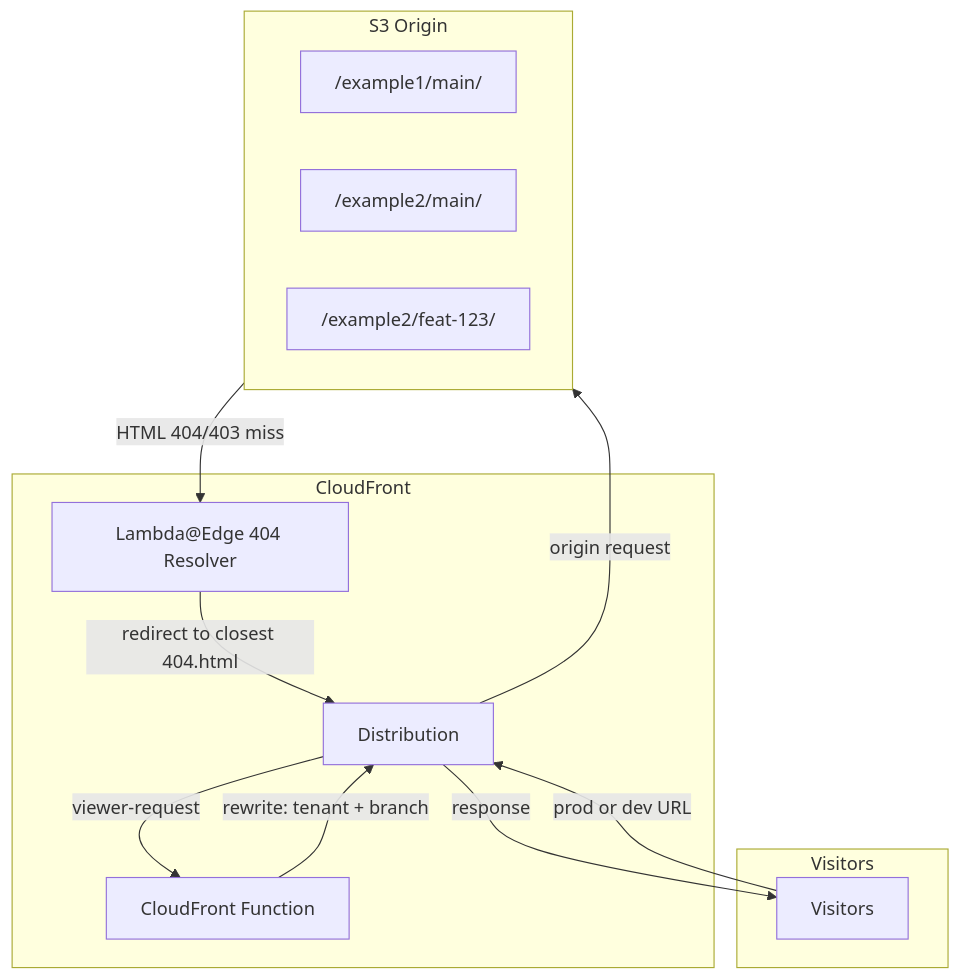
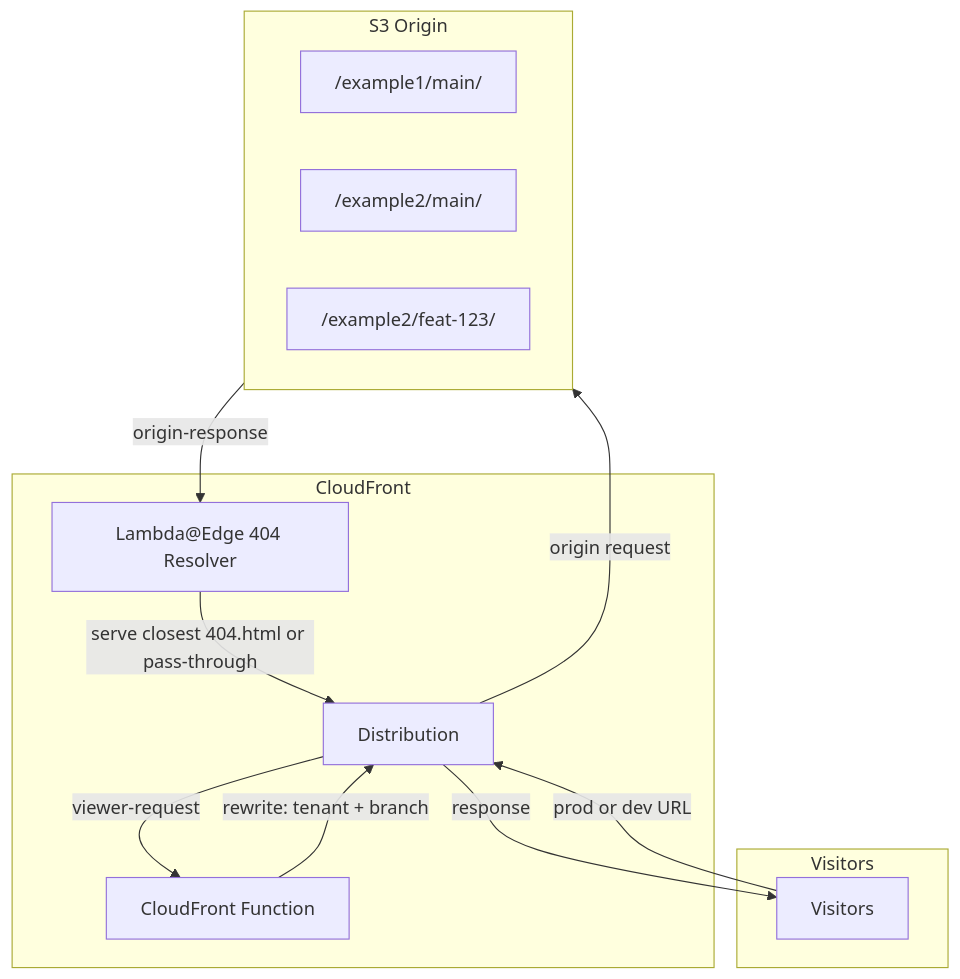
Before and after one commit to AlexeyPopovUA/static-hosting-for-vibe-coders: the diagram in docs/SPEC.md, drawn with Mermaid. The commit also changed other lines of this file, not shown here.

````diff
--- a/docs/SPEC.md
+++ b/docs/SPEC.md
@@ -13,26 +13,26 @@
 ```mermaid
 flowchart TB
     subgraph Visitors
         V[Visitors]
     end
     
     subgraph CloudFront["CloudFront"]
         CF[Distribution]
         CFn[CloudFront Function]
         L404Resolver["Lambda@Edge 404 Resolver"]
     end
     
     subgraph S3["S3 Origin"]
         E1["/example1/main/"]
         E2["/example2/main/"]
         E2D["/example2/feat-123/"]
     end
     
     V -->|"prod or dev URL"| CF
     CF -->|"viewer-request"| CFn
     CFn -->|"rewrite: tenant + branch"| CF
     CF -->|"origin request"| S3
-    S3 -->|"HTML 404/403 miss"| L404Resolver
-    L404Resolver -->|"redirect to closest 404.html"| CF
+    S3 -->|"origin-response"| L404Resolver
+    L404Resolver -->|"serve closest 404.html or pass-through"| CF
     CF -->|"response"| V
 ```
````
